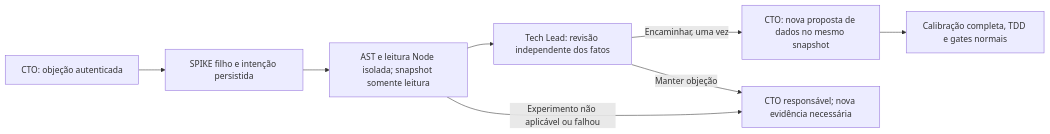
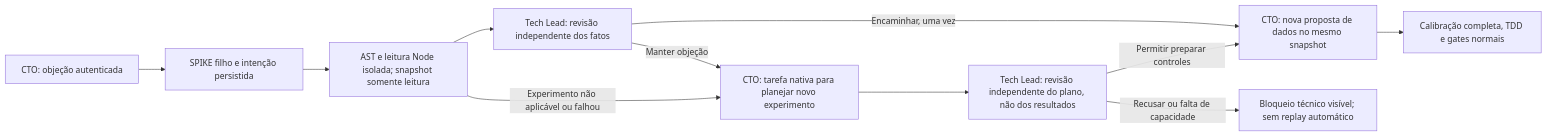
The sixth of 6 diagrams in README.md (codifydeep/fabriquinha), drawn with Mermaid before and after one commit. The commit also changed other lines of this file and 13 other files, not shown here.

````diff
--- a/README.md
+++ b/README.md
@@ -1682,10 +1682,13 @@
 ```mermaid
 flowchart LR
     O[CTO: objeção autenticada] --> S[SPIKE filho e intenção persistida]
     S --> P[AST e leitura Node isolada; snapshot somente leitura]
     P --> L[Tech Lead: revisão independente dos fatos]
     L -->|Encaminhar, uma vez| C[CTO: nova proposta de dados no mesmo snapshot]
     C --> G[Calibração completa, TDD e gates normais]
-    L -->|Manter objeção| B[CTO responsável; nova evidência necessária]
+    L -->|Manter objeção| B[CTO: tarefa nativa para planejar novo experimento]
+    B --> D[Tech Lead: revisão independente do plano, não dos resultados]
+    D -->|Permitir preparar controles| C
+    D -->|Recusar ou falta de capacidade| H[Bloqueio técnico visível; sem replay automático]
     P -->|Experimento não aplicável ou falhou| B
 ```
````
